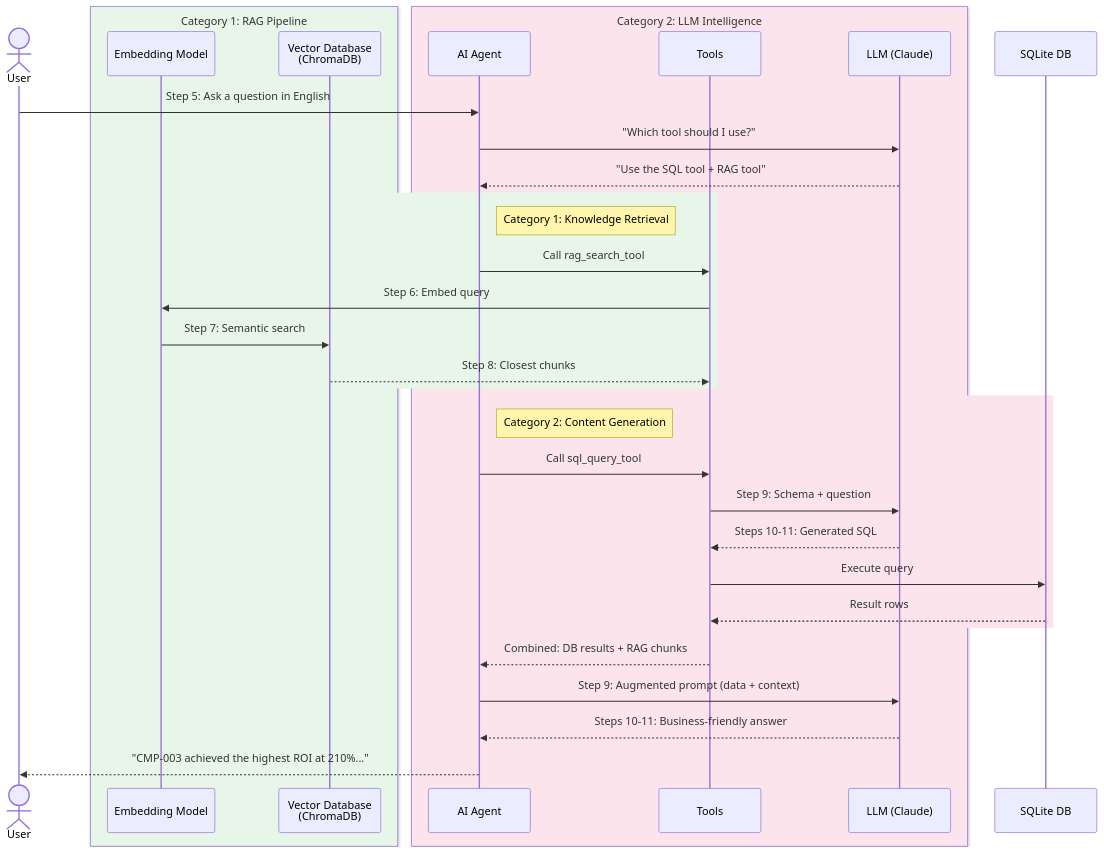
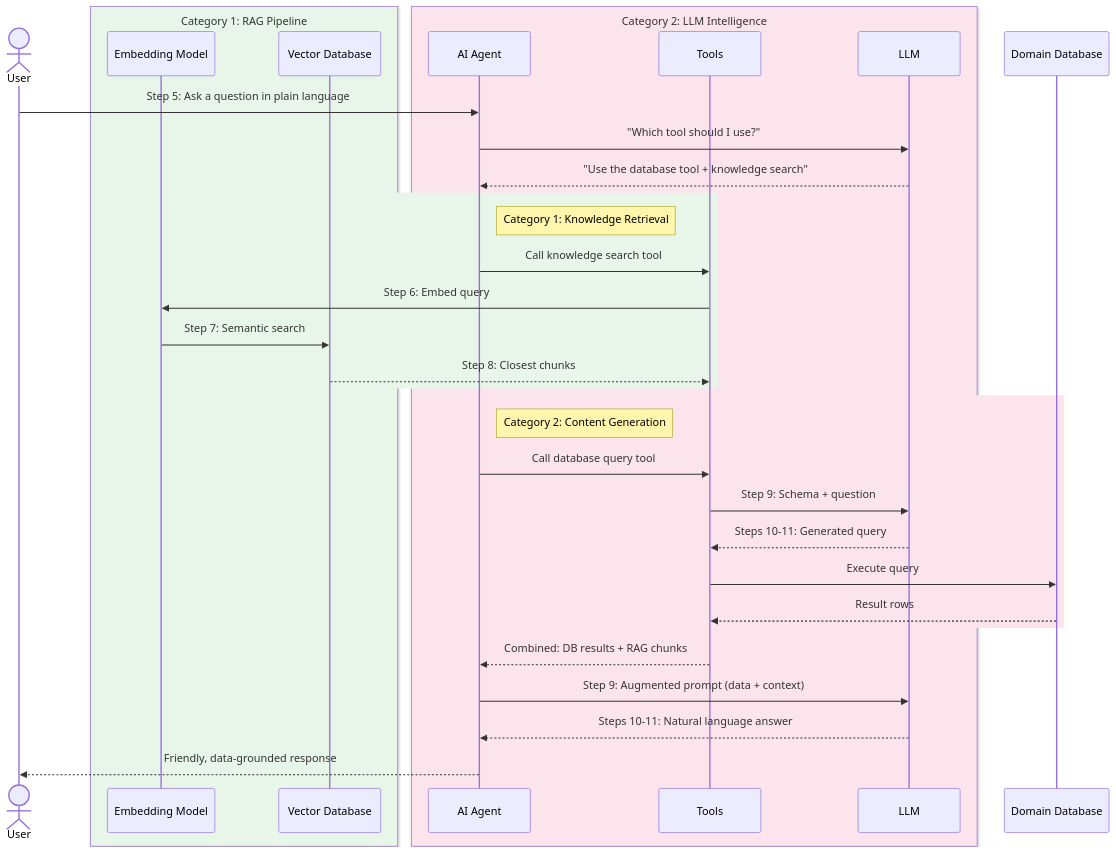
The fourth of 4 diagrams in TUTORIAL_AI.md (aakashkumar1980/certifications-aiml), drawn with Mermaid before and after one commit. The commit also changed other lines of this file and 1 other file, not shown here.

````diff
--- a/TUTORIAL_AI.md
+++ b/TUTORIAL_AI.md
@@ -256,43 +355,43 @@
 ```mermaid
 sequenceDiagram
     actor User
 
     box rgb(232, 245, 233) Category 1: RAG Pipeline
         participant Embed as Embedding Model
-        participant VDB as Vector Database<br/>(ChromaDB)
+        participant VDB as Vector Database
     end
 
     box rgb(252, 228, 236) Category 2: LLM Intelligence
         participant Agent as AI Agent
         participant Tools as Tools
-        participant LLM as LLM (Claude)
+        participant LLM as LLM
     end
 
-    participant DB as SQLite DB
+    participant DB as Domain Database
 
-    User->>Agent: Step 5: Ask a question in English
+    User->>Agent: Step 5: Ask a question in plain language
     Agent->>LLM: "Which tool should I use?"
-    LLM-->>Agent: "Use the SQL tool + RAG tool"
+    LLM-->>Agent: "Use the database tool + knowledge search"
 
     rect rgb(232, 245, 233)
         Note right of Agent: Category 1: Knowledge Retrieval
-        Agent->>Tools: Call rag_search_tool
+        Agent->>Tools: Call knowledge search tool
         Tools->>Embed: Step 6: Embed query
         Embed->>VDB: Step 7: Semantic search
         VDB-->>Tools: Step 8: Closest chunks
     end
 
     rect rgb(252, 228, 236)
         Note right of Agent: Category 2: Content Generation
-        Agent->>Tools: Call sql_query_tool
+        Agent->>Tools: Call database query tool
         Tools->>LLM: Step 9: Schema + question
-        LLM-->>Tools: Steps 10-11: Generated SQL
+        LLM-->>Tools: Steps 10-11: Generated query
         Tools->>DB: Execute query
         DB-->>Tools: Result rows
     end
 
     Tools-->>Agent: Combined: DB results + RAG chunks
     Agent->>LLM: Step 9: Augmented prompt (data + context)
-    LLM-->>Agent: Steps 10-11: Business-friendly answer
-    Agent-->>User: "CMP-003 achieved the highest ROI at 210%..."
+    LLM-->>Agent: Steps 10-11: Natural language answer
+    Agent-->>User: Friendly, data-grounded response
 ```
````
